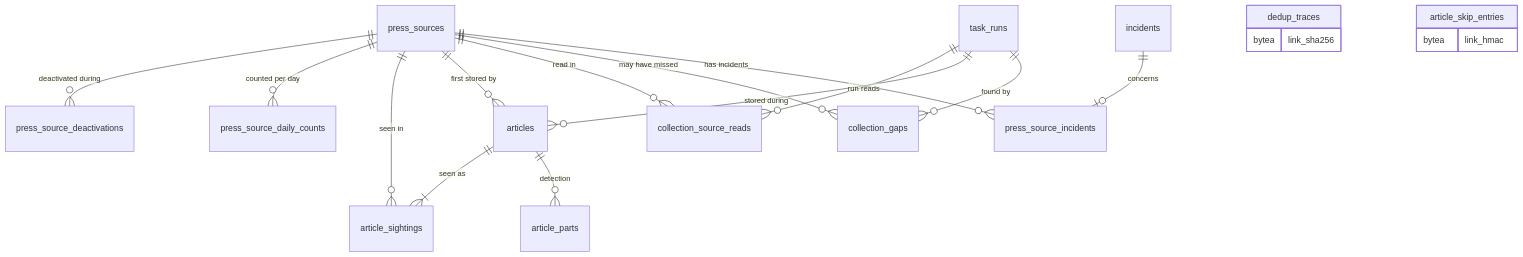
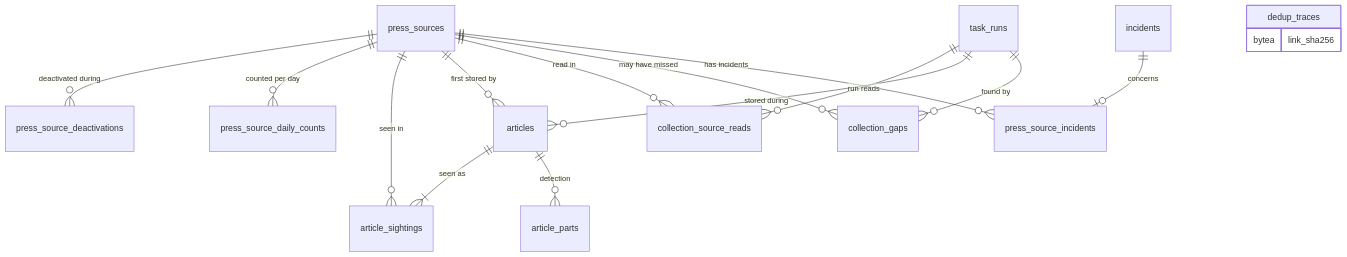
Before and after one commit to youtix/egoscope: the diagram in docs/engineering/domain-model/collection.md, drawn with Mermaid. The commit also changed other lines of this file and 4 other files, not shown here.

````diff
--- a/docs/engineering/domain-model/collection.md
+++ b/docs/engineering/domain-model/collection.md
@@ -361,22 +360,19 @@
 ```mermaid
 erDiagram
   press_sources ||--o{ press_source_deactivations : "deactivated during"
   press_sources ||--o{ press_source_daily_counts : "counted per day"
   press_sources ||--o{ article_sightings : "seen in"
   press_sources ||--o{ articles : "first stored by"
   articles ||--|{ article_sightings : "seen as"
   press_sources ||--o{ collection_source_reads : "read in"
   task_runs ||--o{ collection_source_reads : "run reads"
   task_runs ||--o{ articles : "stored during"
   press_sources ||--o{ collection_gaps : "may have missed"
   task_runs ||--o{ collection_gaps : "found by"
   incidents ||--o| press_source_incidents : "concerns"
   press_sources ||--o{ press_source_incidents : "has incidents"
   articles ||--o{ article_parts : "detection"
   dedup_traces {
     bytea link_sha256
   }
-  article_skip_entries {
-    bytea link_hmac
-  }
 ```
````
